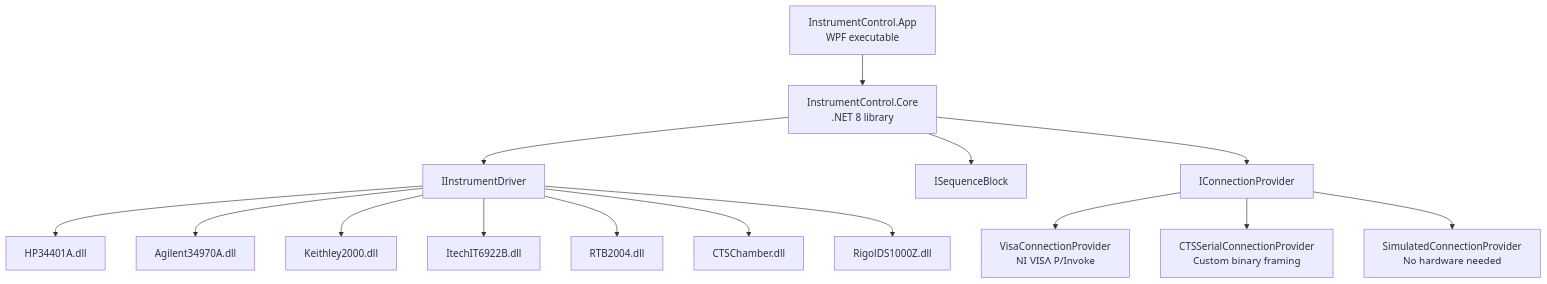
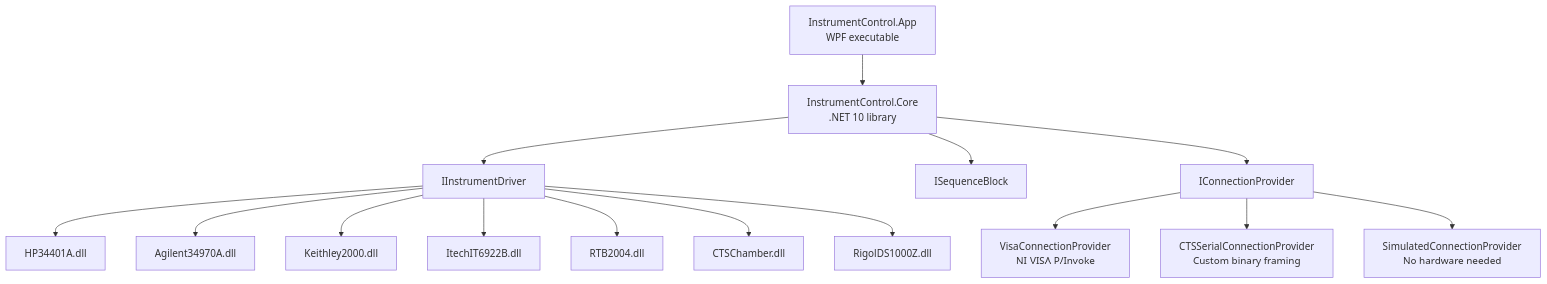
The diagram in docs/index.md (bartkepl/InstrumentControl), drawn with Mermaid before and after one commit. The commit also changed other lines of this file and 44 other files, not shown here.

````diff
--- a/docs/index.md
+++ b/docs/index.md
@@ -79,17 +79,17 @@
 ```mermaid
 graph TD
-    A[InstrumentControl.App<br/>WPF executable] --> B[InstrumentControl.Core<br/>.NET 8 library]
+    A[InstrumentControl.App<br/>WPF executable] --> B[InstrumentControl.Core<br/>.NET 10 library]
     B --> C[IInstrumentDriver]
     B --> D[ISequenceBlock]
     B --> E[IConnectionProvider]
     C --> F[HP34401A.dll]
     C --> G[Agilent34970A.dll]
     C --> H[Keithley2000.dll]
     C --> I[ItechIT6922B.dll]
     C --> J[RTB2004.dll]
     C --> K[CTSChamber.dll]
     C --> L2[RigolDS1000Z.dll]
     E --> L[VisaConnectionProvider<br/>NI-VISA P/Invoke]
     E --> M[CTSSerialConnectionProvider<br/>Custom binary framing]
     E --> N[SimulatedConnectionProvider<br/>No hardware needed]
 ```
````
